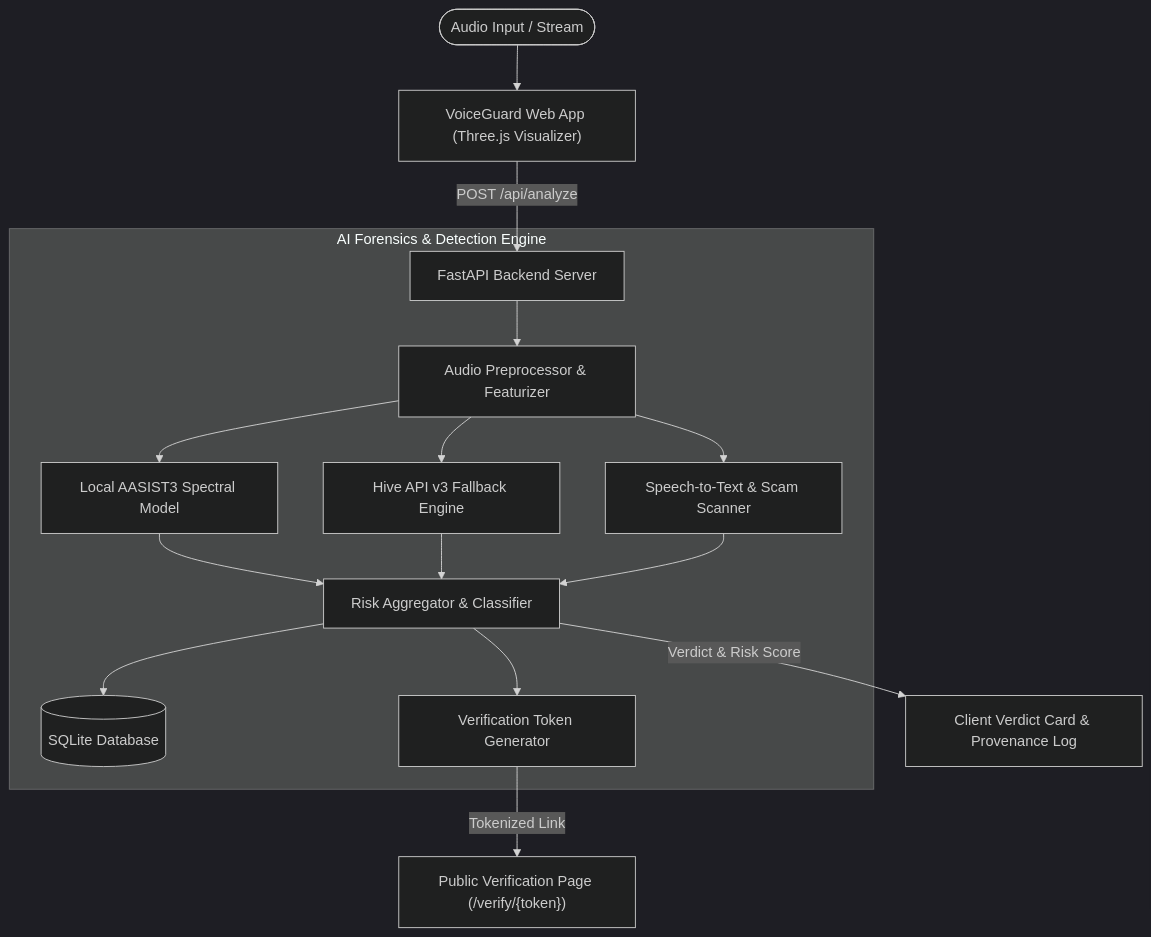
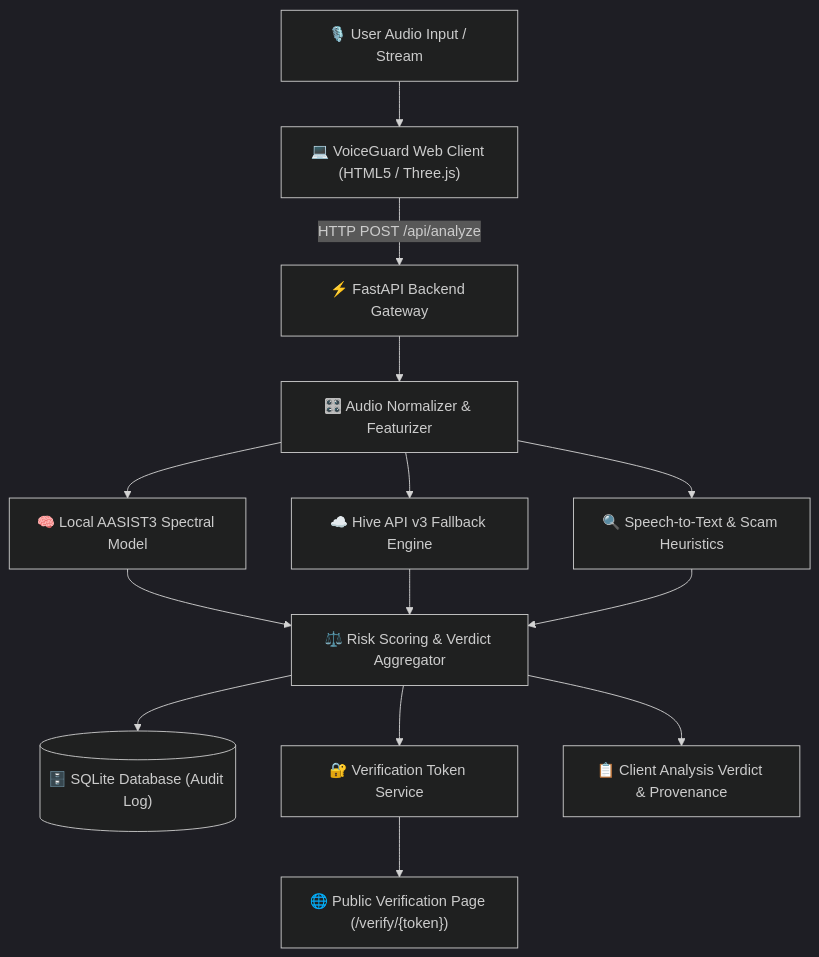
One commit to KRISH3567/VOICEGUARD-AI changed the diagram in README.md. Above: the diagram before and after it, drawn with Mermaid (dark theme).

Commit message:
fix(docs): eliminate subgraph nesting to resolve GitHub Dagre distance rendering error

````diff
--- a/README.md
+++ b/README.md
@@ -41,22 +41,19 @@
 ```mermaid
 flowchart TD
-    User(["Audio Input / Stream"]) --> Frontend["VoiceGuard Web App (Three.js Visualizer)"]
-    Frontend -->|"POST /api/analyze"| API["FastAPI Backend Server"]
+    User["🎙️ User Audio Input / Stream"] --> Client["💻 VoiceGuard Web Client (HTML5 / Three.js)"]
+    Client -->|"HTTP POST /api/analyze"| API["⚡ FastAPI Backend Gateway"]
+    API --> AudioProc["🎛️ Audio Normalizer & Featurizer"]
+    
+    AudioProc --> LocalModel["🧠 Local AASIST3 Spectral Model"]
+    AudioProc --> CloudEngine["☁️ Hive API v3 Fallback Engine"]
+    AudioProc --> STT["🔍 Speech-to-Text & Scam Heuristics"]
 
-    subgraph BackendEngine ["AI Forensics & Detection Engine"]
-        API --> AudioProc["Audio Preprocessor & Featurizer"]
-        AudioProc --> LocalModel["Local AASIST3 Spectral Model"]
-        AudioProc --> CloudEngine["Hive API v3 Fallback Engine"]
-        AudioProc --> STT["Speech-to-Text & Scam Scanner"]
+    LocalModel --> Scoring["⚖️ Risk Scoring & Verdict Aggregator"]
+    CloudEngine --> Scoring
+    STT --> Scoring
 
-        LocalModel --> Scoring["Risk Aggregator & Classifier"]
-        CloudEngine --> Scoring
-        STT --> Scoring
-
-        Scoring --> DB[("SQLite Database")]
-        Scoring --> TokenService["Verification Token Generator"]
-    end
-
-    Scoring -->|"Verdict & Risk Score"| VerdictCard["Client Verdict Card & Provenance Log"]
-    TokenService -->|"Tokenized Link"| VerifyPage["Public Verification Page (/verify/{token})"]
+    Scoring --> DB[("🗄️ SQLite Database (Audit Log)")]
+    Scoring --> TokenService["🔐 Verification Token Service"]
+    Scoring --> VerdictCard["📋 Client Analysis Verdict & Provenance"]
+    TokenService --> VerifyPage["🌐 Public Verification Page (/verify/{token})"]
 ```
````
